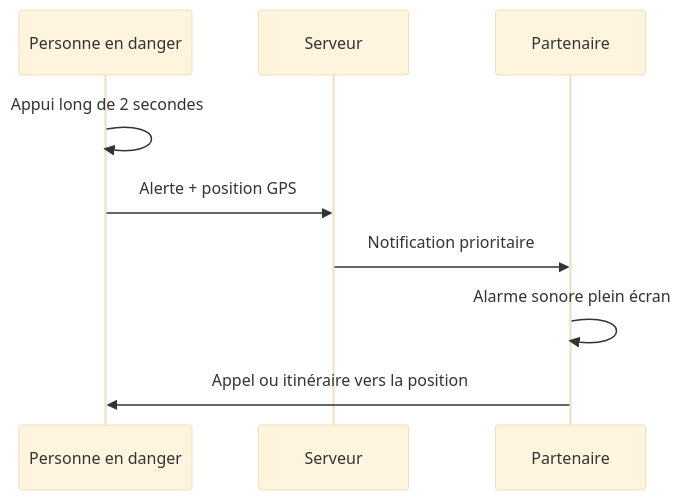
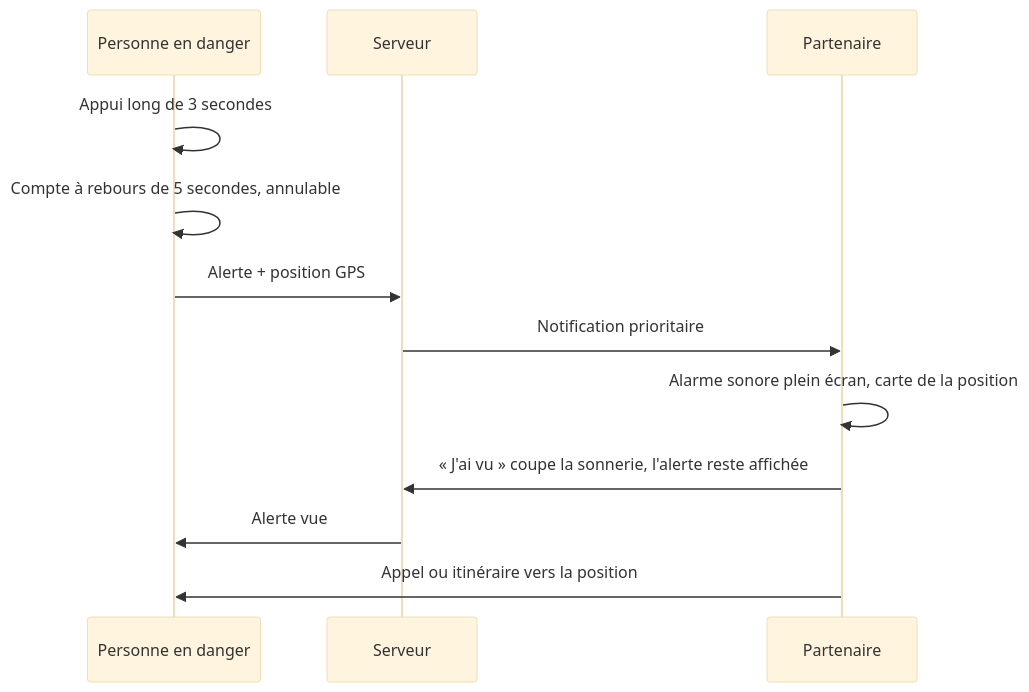
Before and after one commit to yassinebolard/Cocooning: the third of 4 diagrams in README.md, drawn with Mermaid (base theme). The commit also changed other lines of this file and 9 other files, not shown here.

````diff
--- a/README.md
+++ b/README.md
@@ -53,11 +53,14 @@
 ```mermaid
 sequenceDiagram
     participant A as Personne en danger
     participant S as Serveur
     participant B as Partenaire
-    A->>A: Appui long de 2 secondes
+    A->>A: Appui long de 3 secondes
+    A->>A: Compte à rebours de 5 secondes, annulable
     A->>S: Alerte + position GPS
     S->>B: Notification prioritaire
-    B->>B: Alarme sonore plein écran
+    B->>B: Alarme sonore plein écran, carte de la position
+    B->>S: « J'ai vu » coupe la sonnerie, l'alerte reste affichée
+    S->>A: Alerte vue
     B->>A: Appel ou itinéraire vers la position
 ```
````
